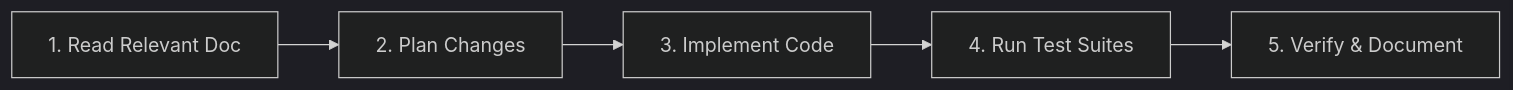
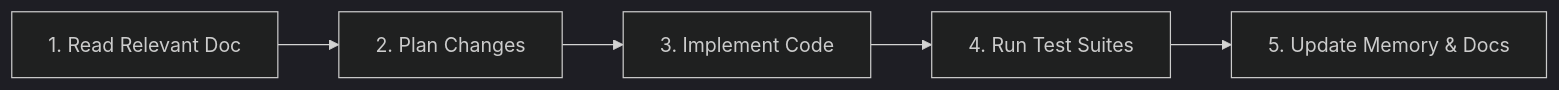
One commit to Leuizack77/Professional-Level-Cloud-Web-Application changed the diagram in AGENTS.md. Above: the diagram before and after it, drawn with Mermaid (dark theme). The commit also changed other lines of this file and 14 other files, not shown here.

````diff
--- a/AGENTS.md
+++ b/AGENTS.md
@@ -62,7 +63,7 @@
 ```mermaid
 flowchart LR
     S1["1. Read Relevant Doc"] --> S2["2. Plan Changes"]
     S2 --> S3["3. Implement Code"]
     S3 --> S4["4. Run Test Suites"]
-    S4 --> S5["5. Verify & Document"]
+    S4 --> S5["5. Update Memory & Docs"]
 ```
````
